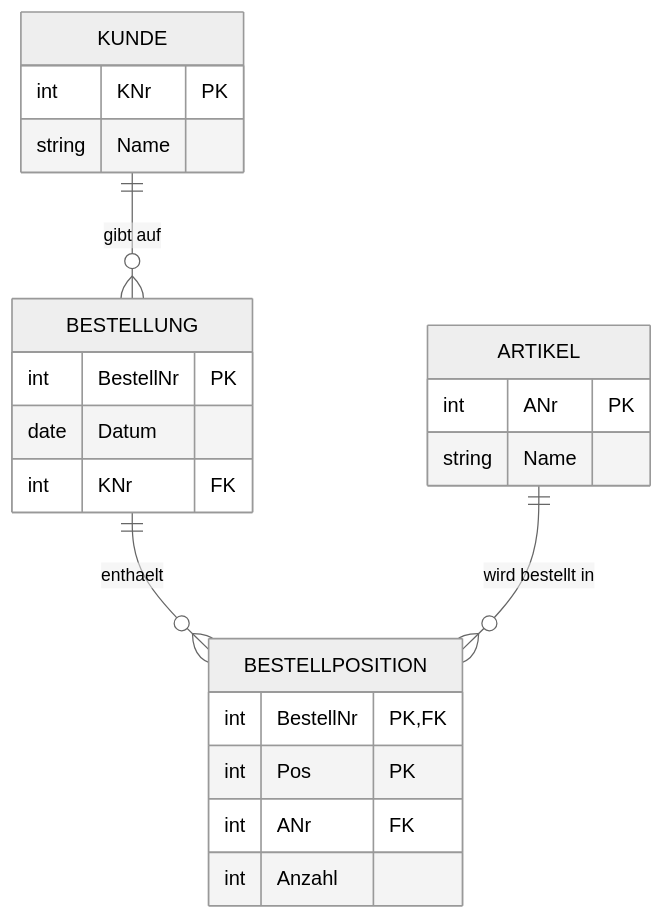
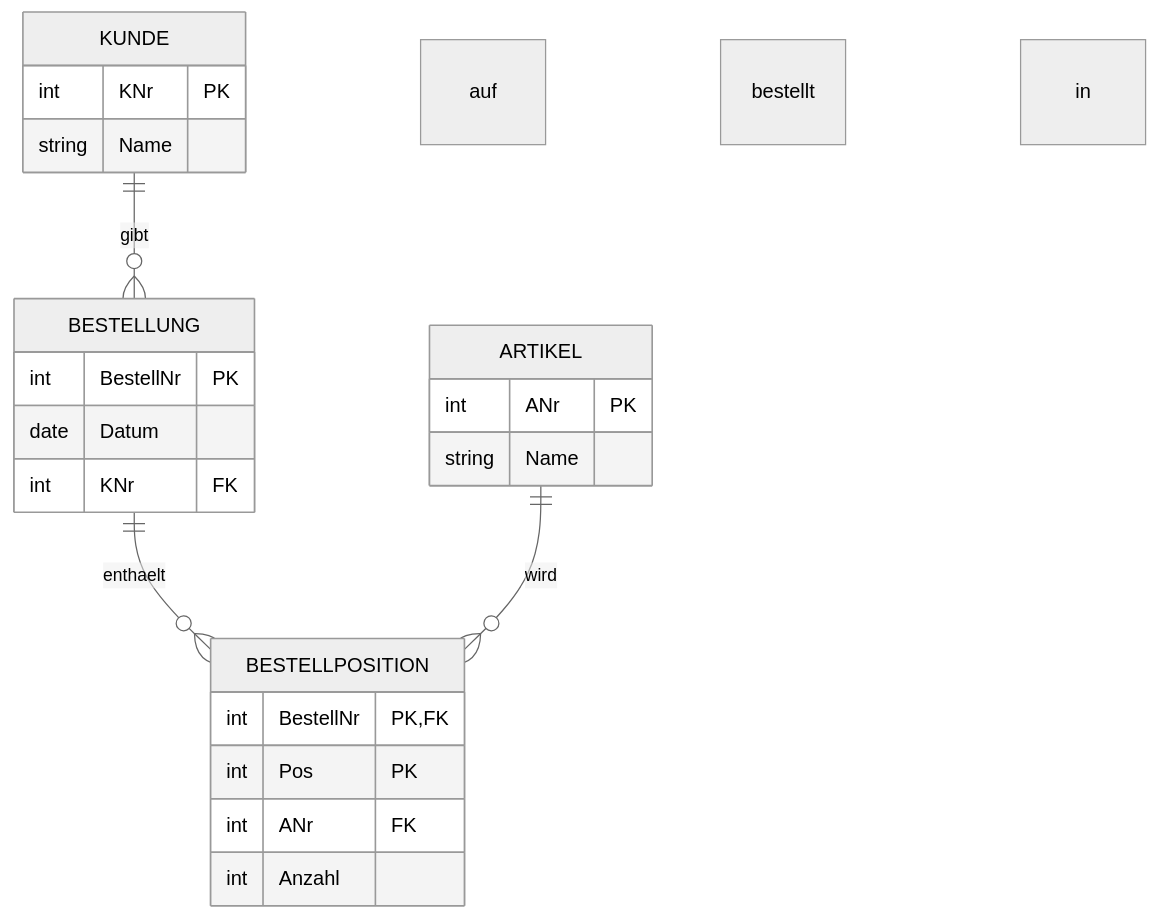
Before and after one commit to seanconroy-dev/FIAE_Umschulung_Notes: the diagram in Datenbanken/KNO/02-02-2026_Datenbanken_KNO.md, drawn with Mermaid (neutral theme).

Commit message:
Fix formatting of mermaid diagram in documentation

````diff
--- a/Datenbanken/KNO/02-02-2026_Datenbanken_KNO.md
+++ b/Datenbanken/KNO/02-02-2026_Datenbanken_KNO.md
@@ -53,29 +53,29 @@
 ```mermaid
 erDiagram
-    KUNDE ||--o{ BESTELLUNG : "gibt auf"
-    BESTELLUNG ||--o{ BESTELLPOSITION : "enthaelt"
-    ARTIKEL ||--o{ BESTELLPOSITION : "wird bestellt in"
+    KUNDE ||--o{ BESTELLUNG : gibt auf
+    BESTELLUNG ||--o{ BESTELLPOSITION : enthaelt
+    ARTIKEL ||--o{ BESTELLPOSITION : wird bestellt in
 
     KUNDE {
         int KNr PK
         string Name
     }
 
     BESTELLUNG {
         int BestellNr PK
         date Datum
         int KNr FK
     }
 
     ARTIKEL {
         int ANr PK
         string Name
     }
 
     BESTELLPOSITION {
         int BestellNr PK, FK
         int Pos PK
         int ANr FK
         int Anzahl
     }
 ```
````
